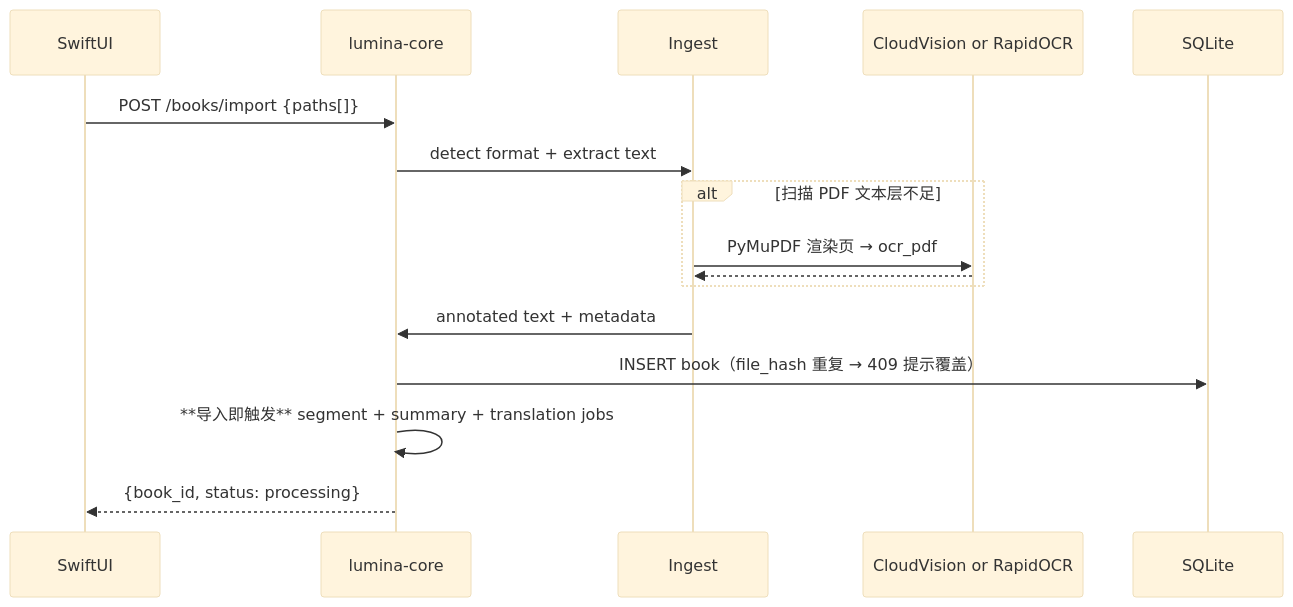
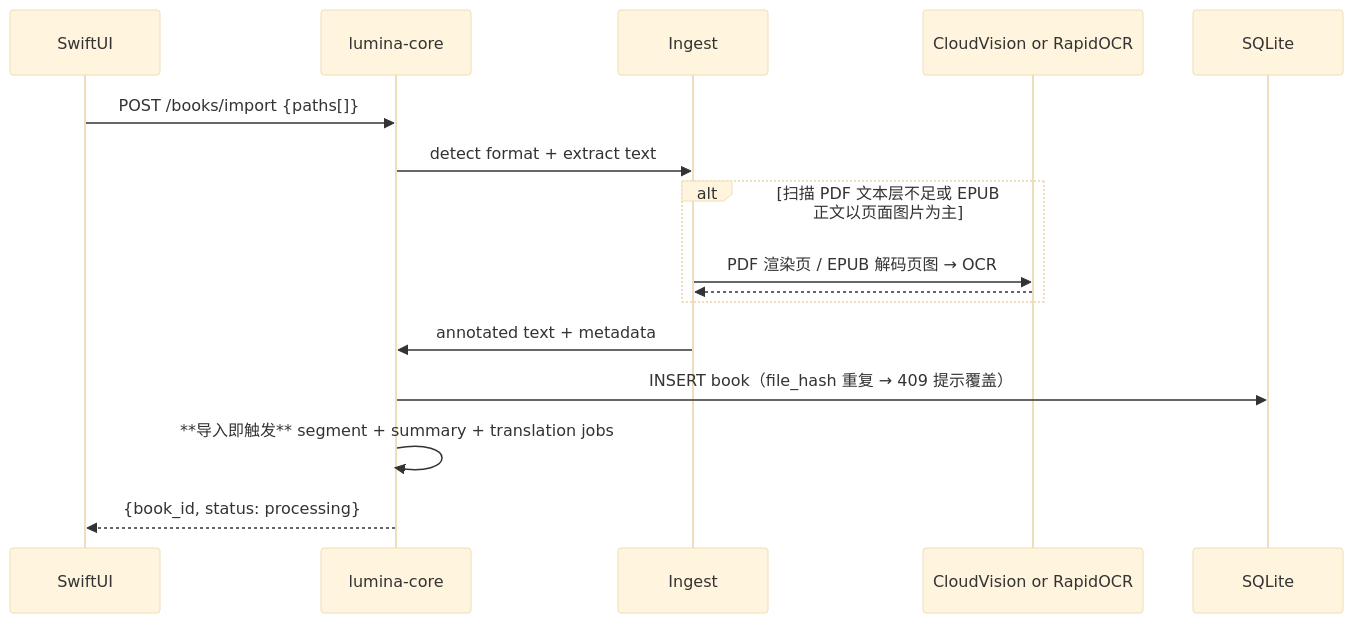
Before and after one commit to hezhenghui7338/Lumina: the second of 3 diagrams in docs/TDD.md, drawn with Mermaid (base theme). The commit also changed other lines of this file and 57 other files, not shown here.

````diff
--- a/docs/TDD.md
+++ b/docs/TDD.md
@@ -289,19 +289,19 @@
 ```mermaid
 sequenceDiagram
   participant App as SwiftUI
   participant API as lumina-core
   participant Ingest as Ingest
   participant OCR as CloudVision or RapidOCR
   participant DB as SQLite
 
   App->>API: POST /books/import {paths[]}
   API->>Ingest: detect format + extract text
-  alt 扫描 PDF 文本层不足
-    Ingest->>OCR: PyMuPDF 渲染页 → ocr_pdf
+  alt 扫描 PDF 文本层不足或 EPUB 正文以页面图片为主
+    Ingest->>OCR: PDF 渲染页 / EPUB 解码页图 → OCR
     OCR-->>Ingest: ## [p.N] 标注文本
   end
   Ingest->>API: annotated text + metadata
   API->>DB: INSERT book（file_hash 重复 → 409 提示覆盖）
   API->>API: **导入即触发** segment + summary + translation jobs
   API-->>App: {book_id, status: processing}
 ```
````
